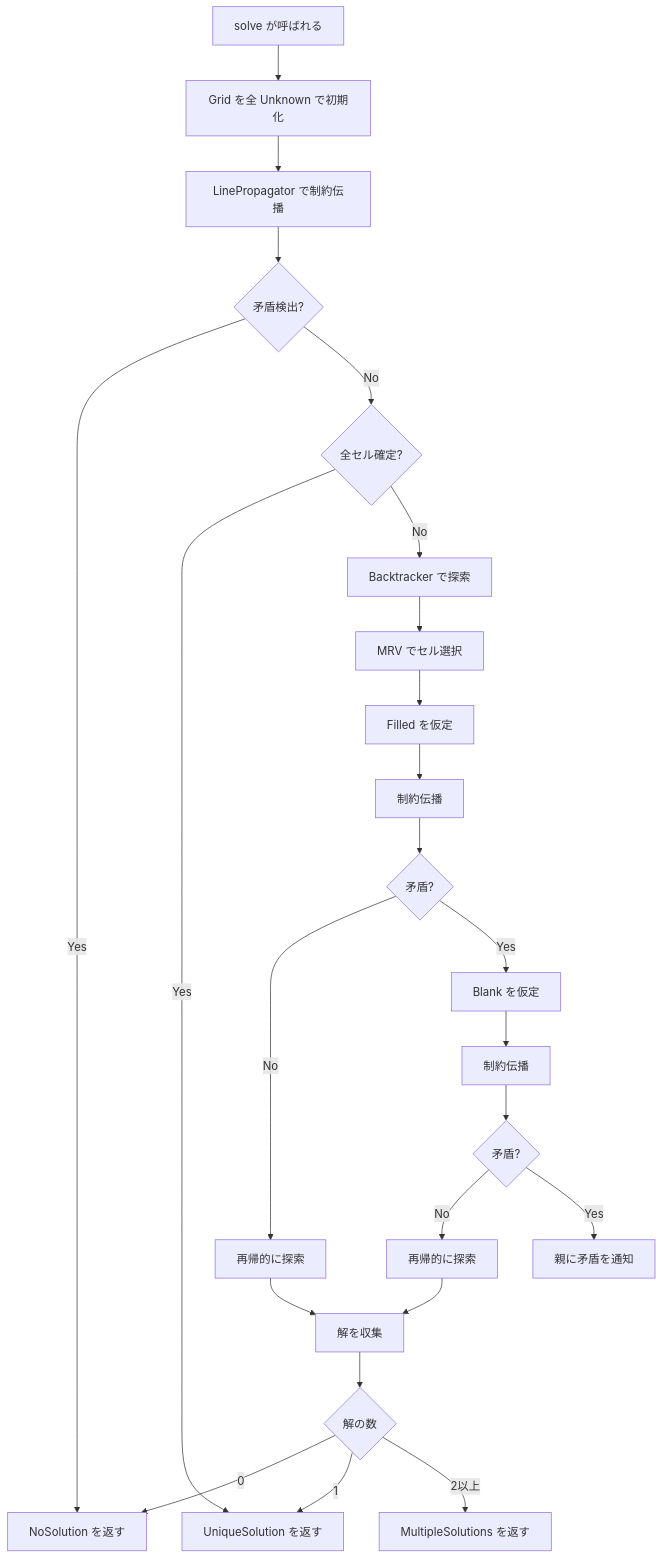
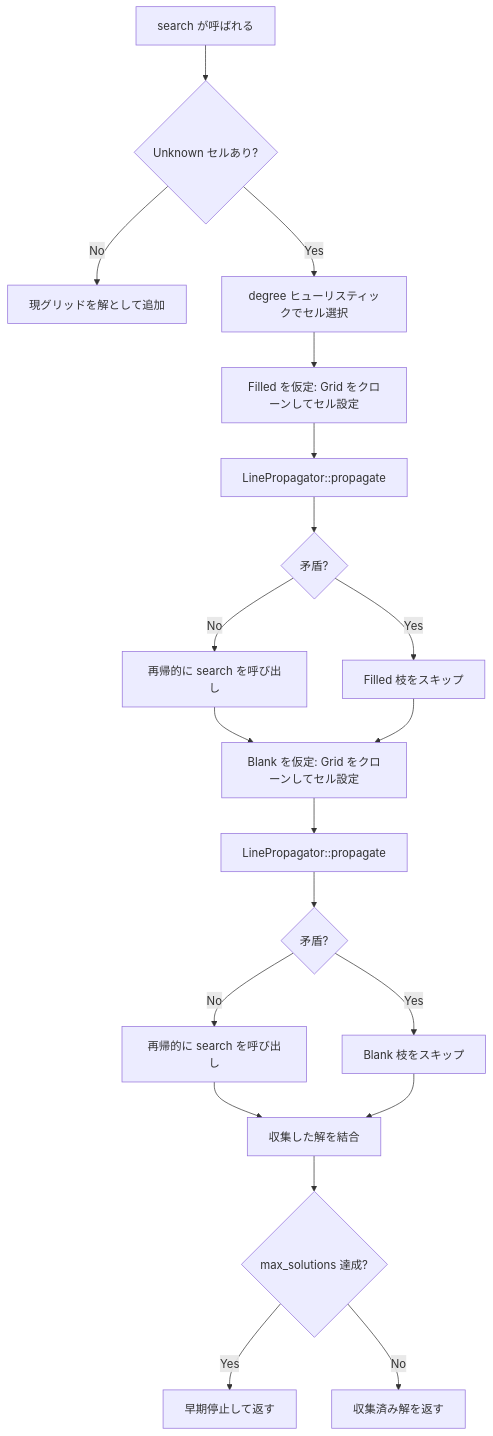
One commit to mat-der-D/nonogram-engine changed the third of 5 diagrams in .kiro/specs/nonogram-core/design.md. Above: the diagram before and after it, drawn with Mermaid. The commit also changed other lines of this file, not shown here.

````diff
--- a/.kiro/specs/nonogram-core/design.md
+++ b/.kiro/specs/nonogram-core/design.md
@@ -96,26 +119,22 @@
 ```mermaid
 flowchart TD
-    Start[solve が呼ばれる] --> InitGrid[Grid を全 Unknown で初期化]
-    InitGrid --> Propagate[LinePropagator で制約伝播]
-    Propagate --> CheckContradiction{矛盾検出?}
-    CheckContradiction -->|Yes| NoSolution[NoSolution を返す]
-    CheckContradiction -->|No| CheckComplete{全セル確定?}
-    CheckComplete -->|Yes| ReturnUnique[UniqueSolution を返す]
-    CheckComplete -->|No| Backtrack[Backtracker で探索]
-    Backtrack --> SelectCell[MRV でセル選択]
-    SelectCell --> TryFilled[Filled を仮定]
-    TryFilled --> PropagateH[制約伝播]
+    Enter[search が呼ばれる] --> CheckUnknown{Unknown セルあり?}
+    CheckUnknown -->|No| ReturnSolution[現グリッドを解として追加]
+    CheckUnknown -->|Yes| SelectCell[degree ヒューリスティックでセル選択]
+    SelectCell --> TryFilled[Filled を仮定: Grid をクローンしてセル設定]
+    TryFilled --> PropagateH[LinePropagator::propagate]
     PropagateH --> CheckH{矛盾?}
-    CheckH -->|No| RecurseH[再帰的に探索]
-    CheckH -->|Yes| TryBlank[Blank を仮定]
-    TryBlank --> PropagateB[制約伝播]
+    CheckH -->|No| RecurseH[再帰的に search を呼び出し]
+    CheckH -->|Yes| SkipFilled[Filled 枝をスキップ]
+    RecurseH --> TryBlank
+    SkipFilled --> TryBlank[Blank を仮定: Grid をクローンしてセル設定]
+    TryBlank --> PropagateB[LinePropagator::propagate]
     PropagateB --> CheckB{矛盾?}
-    CheckB -->|No| RecurseB[再帰的に探索]
-    CheckB -->|Yes| BacktrackUp[親に矛盾を通知]
-    RecurseH --> CollectSolutions[解を収集]
-    RecurseB --> CollectSolutions
-    CollectSolutions --> CheckCount{解の数}
-    CheckCount -->|0| NoSolution
-    CheckCount -->|1| ReturnUnique
-    CheckCount -->|2以上| ReturnMultiple[MultipleSolutions を返す]
+    CheckB -->|No| RecurseB[再帰的に search を呼び出し]
+    CheckB -->|Yes| SkipBlank[Blank 枝をスキップ]
+    RecurseB --> Collect[収集した解を結合]
+    SkipBlank --> Collect
+    Collect --> CheckLimit{max_solutions 達成?}
+    CheckLimit -->|Yes| EarlyReturn[早期停止して返す]
+    CheckLimit -->|No| ReturnAll[収集済み解を返す]
 ```
````
